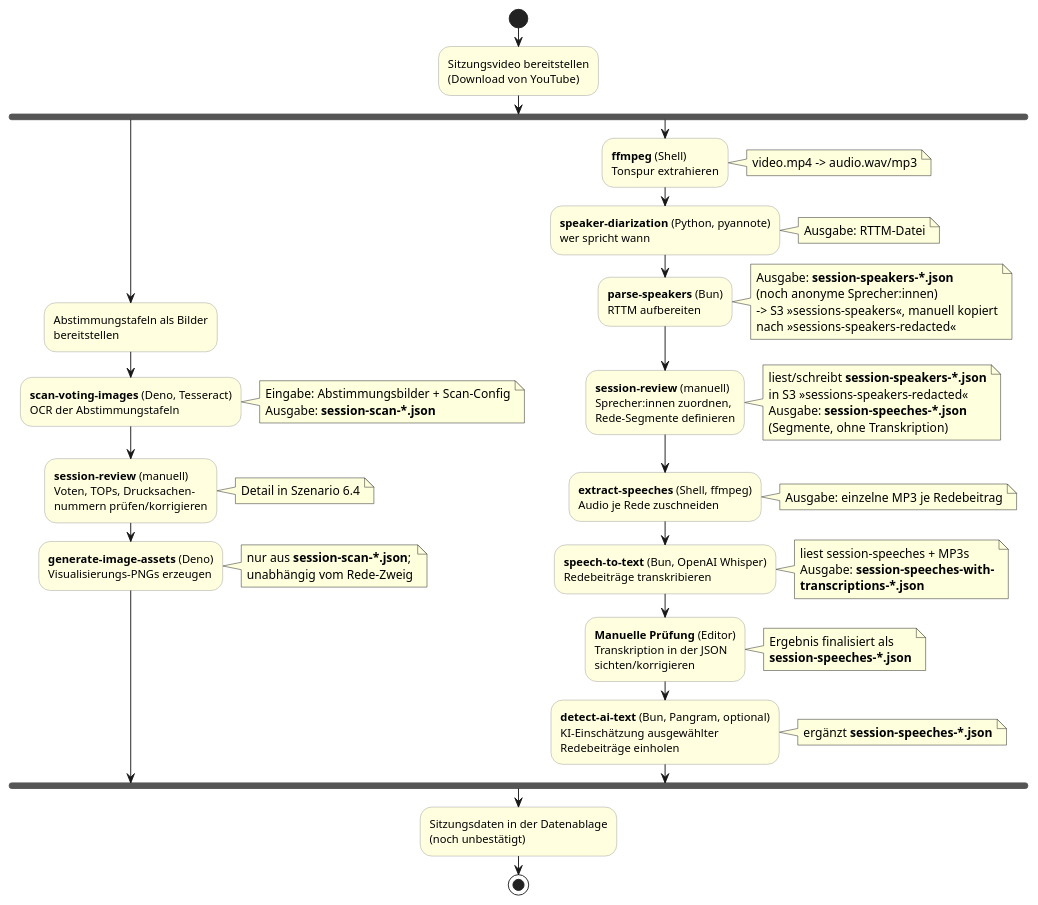
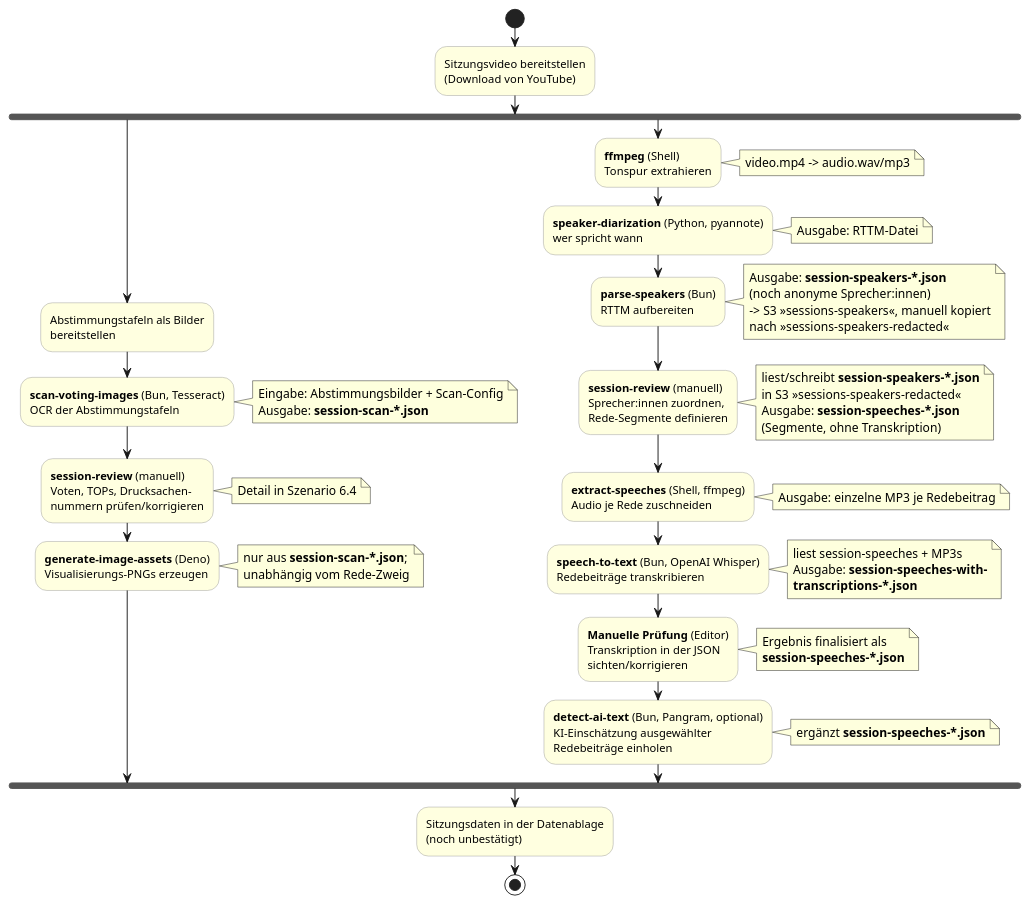
The diagram in docs/arc42/06-laufzeitsicht/01-sitzungsverarbeitung.adoc (ungeschneuer/StadtratWatch-Leipzig), drawn with PlantUML before and after one commit. The commit also changed other lines of this file and 23 other files, not shown here.

First line of the commit message:
Move scan-voting-images to Bun (fast-png instead of canvas) (#577)

```diff
--- a/docs/arc42/06-laufzeitsicht/01-sitzungsverarbeitung.adoc
+++ b/docs/arc42/06-laufzeitsicht/01-sitzungsverarbeitung.adoc
@@ -36,70 +36,70 @@
 [plantuml,lz-sitzungsverarbeitung,svg]
 ....
 @startuml
 skinparam shadowing false
 skinparam activity {
   BackgroundColor #lightyellow
   BorderColor #999999
 }
 
 start
 :Sitzungsvideo bereitstellen\n(Download von YouTube);
 
 fork
   ' --- Abstimmungs-Zweig (OCR) ---
   :Abstimmungstafeln als Bilder\nbereitstellen;
-  :**scan-voting-images** (Deno, Tesseract)\nOCR der Abstimmungstafeln;
+  :**scan-voting-images** (Bun, Tesseract)\nOCR der Abstimmungstafeln;
   note right
     Eingabe: Abstimmungsbilder + Scan-Config
     Ausgabe: **session-scan-*.json**
   end note
   :**session-review** (manuell)\nVoten, TOPs, Drucksachen-\nnummern prüfen/korrigieren;
   note right: Detail in Szenario 6.4
   :**generate-image-assets** (Deno)\nVisualisierungs-PNGs erzeugen;
   note right
     nur aus **session-scan-*.json**;
     unabhängig vom Rede-Zweig
   end note
 fork again
   ' --- Rede-Zweig (Audio) ---
   :**ffmpeg** (Shell)\nTonspur extrahieren;
   note right: video.mp4 -> audio.wav/mp3
   :**speaker-diarization** (Python, pyannote)\nwer spricht wann;
   note right: Ausgabe: RTTM-Datei
   :**parse-speakers** (Bun)\nRTTM aufbereiten;
   note right
     Ausgabe: **session-speakers-*.json**
     (noch anonyme Sprecher:innen)
     -> S3 »sessions-speakers«, manuell kopiert
     nach »sessions-speakers-redacted«
   end note
   :**session-review** (manuell)\nSprecher:innen zuordnen,\nRede-Segmente definieren;
   note right
     liest/schreibt **session-speakers-*.json**
     in S3 »sessions-speakers-redacted«
     Ausgabe: **session-speeches-*.json**
     (Segmente, ohne Transkription)
   end note
   :**extract-speeches** (Shell, ffmpeg)\nAudio je Rede zuschneiden;
   note right: Ausgabe: einzelne MP3 je Redebeitrag
   :**speech-to-text** (Bun, OpenAI Whisper)\nRedebeiträge transkribieren;
   note right
     liest session-speeches + MP3s
     Ausgabe: **session-speeches-with-**
     **transcriptions-*.json**
   end note
   :**Manuelle Prüfung** (Editor)\nTranskription in der JSON\nsichten/korrigieren;
   note right
     Ergebnis finalisiert als
     **session-speeches-*.json**
   end note
   :**detect-ai-text** (Bun, Pangram, optional)\nKI-Einschätzung ausgewählter\nRedebeiträge einholen;
   note right
     ergänzt **session-speeches-*.json**
   end note
 end fork
 
 :Sitzungsdaten in der Datenablage\n(noch unbestätigt);
 stop
 @enduml
 ....
```
